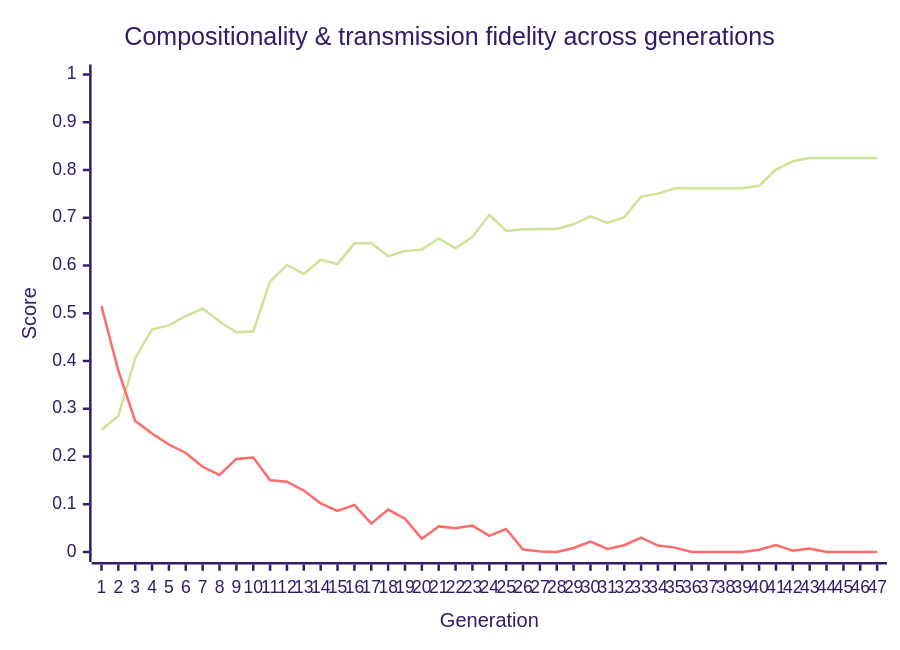
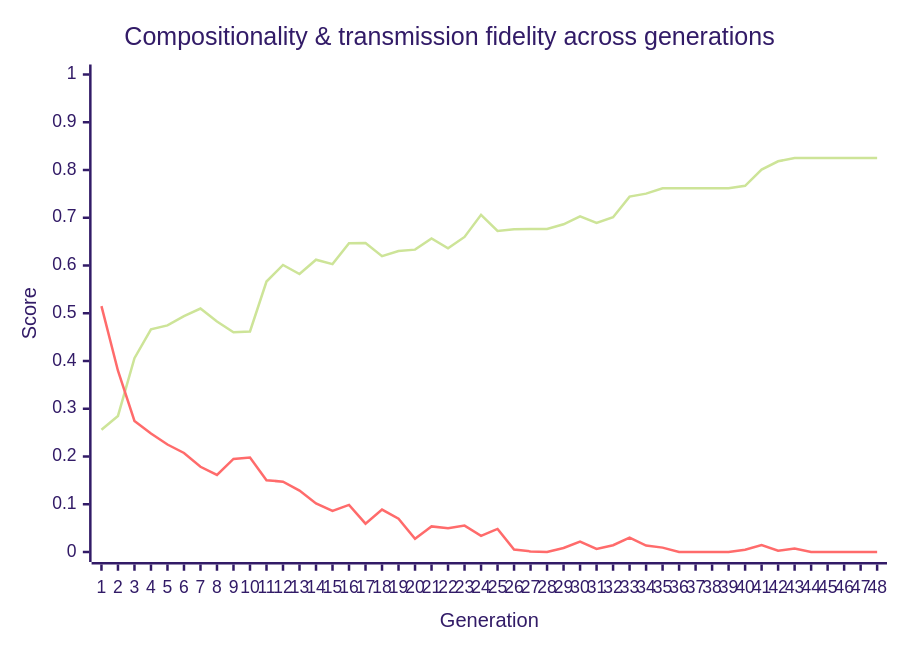
One commit to nichobbs/traditio changed the diagram in metrics/latest-report.md. Above: the diagram before and after it, drawn with Mermaid (forest theme). The commit also changed other lines of this file and 1 other file, not shown here.

````diff
--- a/metrics/latest-report.md
+++ b/metrics/latest-report.md
@@ -40,8 +40,8 @@
 ```mermaid
 xychart-beta
     title "Compositionality & transmission fidelity across generations"
-    x-axis "Generation" [1, 2, 3, 4, 5, 6, 7, 8, 9, 10, 11, 12, 13, 14, 15, 16, 17, 18, 19, 20, 21, 22, 23, 24, 25, 26, 27, 28, 29, 30, 31, 32, 33, 34, 35, 36, 37, 38, 39, 40, 41, 42, 43, 44, 45, 46, 47]
+    x-axis "Generation" [1, 2, 3, 4, 5, 6, 7, 8, 9, 10, 11, 12, 13, 14, 15, 16, 17, 18, 19, 20, 21, 22, 23, 24, 25, 26, 27, 28, 29, 30, 31, 32, 33, 34, 35, 36, 37, 38, 39, 40, 41, 42, 43, 44, 45, 46, 47, 48]
     y-axis "Score" 0 --> 1
-    line "Compositionality" [0.2559, 0.2849, 0.4060, 0.4663, 0.4745, 0.4941, 0.5099, 0.4826, 0.4603, 0.4619, 0.5665, 0.6011, 0.5822, 0.6121, 0.6029, 0.6464, 0.6473, 0.6195, 0.6304, 0.6332, 0.6566, 0.6361, 0.6598, 0.7061, 0.6725, 0.6757, 0.6767, 0.6767, 0.6863, 0.7028, 0.6890, 0.7012, 0.7442, 0.7505, 0.7619, 0.7619, 0.7619, 0.7619, 0.7619, 0.7669, 0.8009, 0.8183, 0.8250, 0.8250, 0.8250, 0.8250, 0.8250]
-    line "Transmission Fidelity" [0.5148, 0.3796, 0.2746, 0.2481, 0.2251, 0.2074, 0.1785, 0.1615, 0.1949, 0.1977, 0.1504, 0.1472, 0.1286, 0.1016, 0.0861, 0.0987, 0.0594, 0.0888, 0.0697, 0.0276, 0.0536, 0.0500, 0.0553, 0.0339, 0.0483, 0.0051, 0.0012, 0.0000, 0.0083, 0.0219, 0.0066, 0.0142, 0.0301, 0.0134, 0.0092, 0.0000, 0.0000, 0.0000, 0.0000, 0.0047, 0.0146, 0.0028, 0.0071, 0.0000, 0.0000, 0.0000, 0.0000]
+    line "Compositionality" [0.2559, 0.2849, 0.4060, 0.4663, 0.4745, 0.4941, 0.5099, 0.4826, 0.4603, 0.4619, 0.5665, 0.6011, 0.5822, 0.6121, 0.6029, 0.6464, 0.6473, 0.6195, 0.6304, 0.6332, 0.6566, 0.6361, 0.6598, 0.7061, 0.6725, 0.6757, 0.6767, 0.6767, 0.6863, 0.7028, 0.6890, 0.7012, 0.7442, 0.7505, 0.7619, 0.7619, 0.7619, 0.7619, 0.7619, 0.7669, 0.8009, 0.8183, 0.8250, 0.8250, 0.8250, 0.8250, 0.8250, 0.8250]
+    line "Transmission Fidelity" [0.5148, 0.3796, 0.2746, 0.2481, 0.2251, 0.2074, 0.1785, 0.1615, 0.1949, 0.1977, 0.1504, 0.1472, 0.1286, 0.1016, 0.0861, 0.0987, 0.0594, 0.0888, 0.0697, 0.0276, 0.0536, 0.0500, 0.0553, 0.0339, 0.0483, 0.0051, 0.0012, 0.0000, 0.0083, 0.0219, 0.0066, 0.0142, 0.0301, 0.0134, 0.0092, 0.0000, 0.0000, 0.0000, 0.0000, 0.0047, 0.0146, 0.0028, 0.0071, 0.0000, 0.0000, 0.0000, 0.0000, 0.0000]
 ```
````
